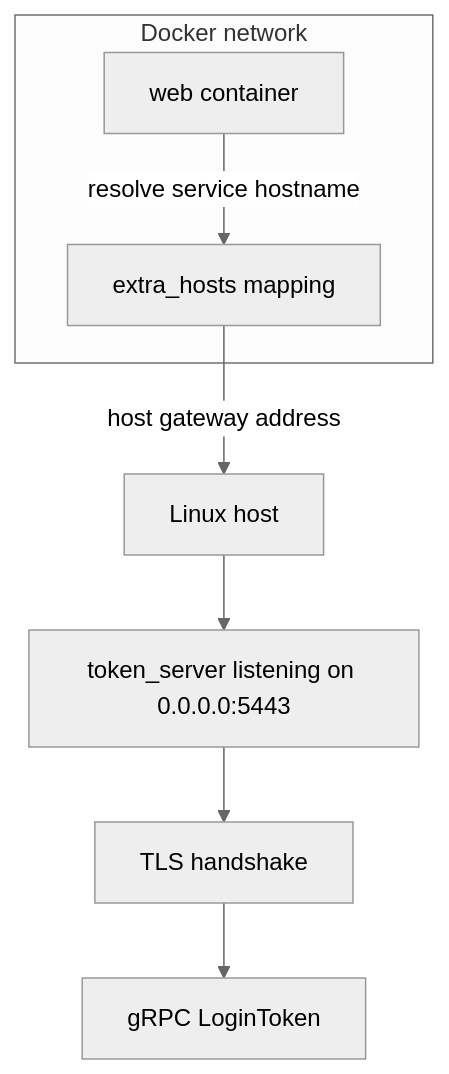
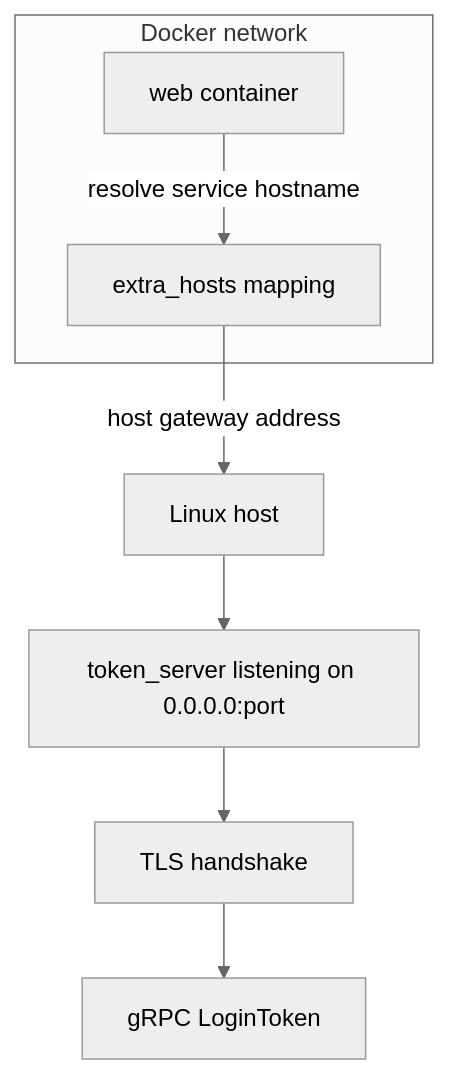
One commit to adelbordbari/adelbordbari.github.io changed the third of 8 diagrams in _code/2026-06-27-grpc.md. Above: the diagram before and after it, drawn with Mermaid (neutral theme). The commit also changed other lines of this file, not shown here.

````diff
--- a/_code/2026-06-27-grpc.md
+++ b/_code/2026-06-27-grpc.md
@@ -180,13 +174,13 @@
 ```mermaid
 flowchart TB
     subgraph Docker network
         WEB[web container]
         HOSTS[extra_hosts mapping]
         WEB -->|resolve service hostname| HOSTS
     end
 
     HOSTS -->|host gateway address| HOST[Linux host]
-    HOST --> PORT[token_server listening on 0.0.0.0:5443]
+    HOST --> PORT[token_server listening on 0.0.0.0:port]
     PORT --> TLS[TLS handshake]
     TLS --> RPC[gRPC LoginToken]
 ```
````
